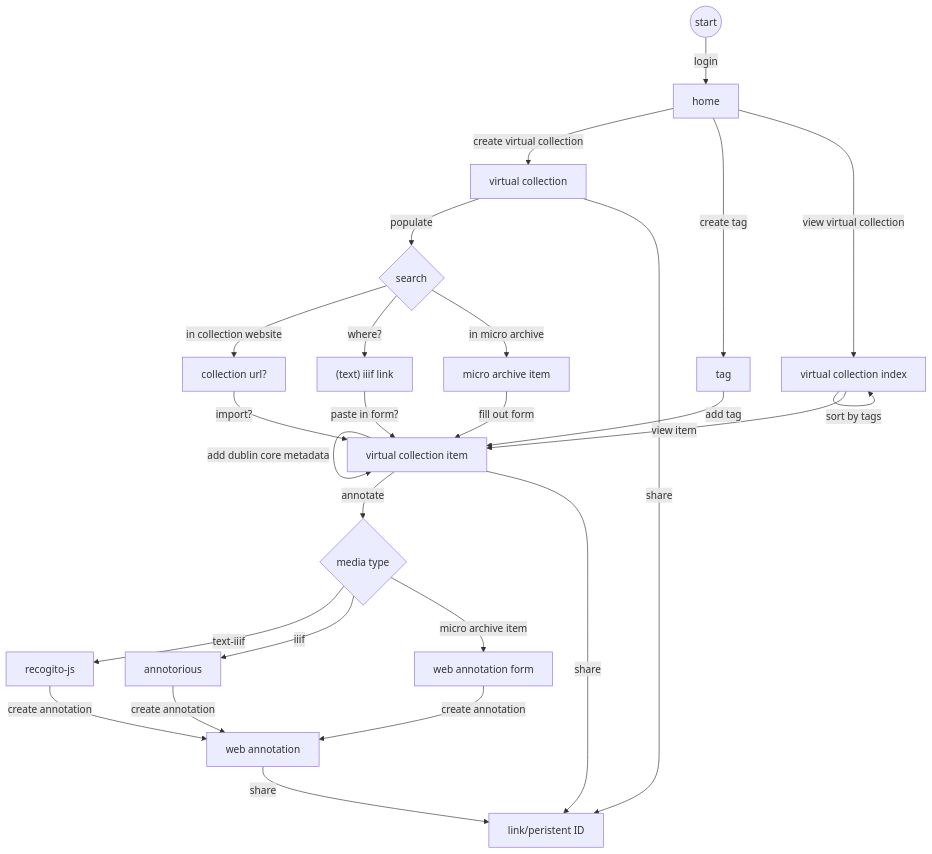
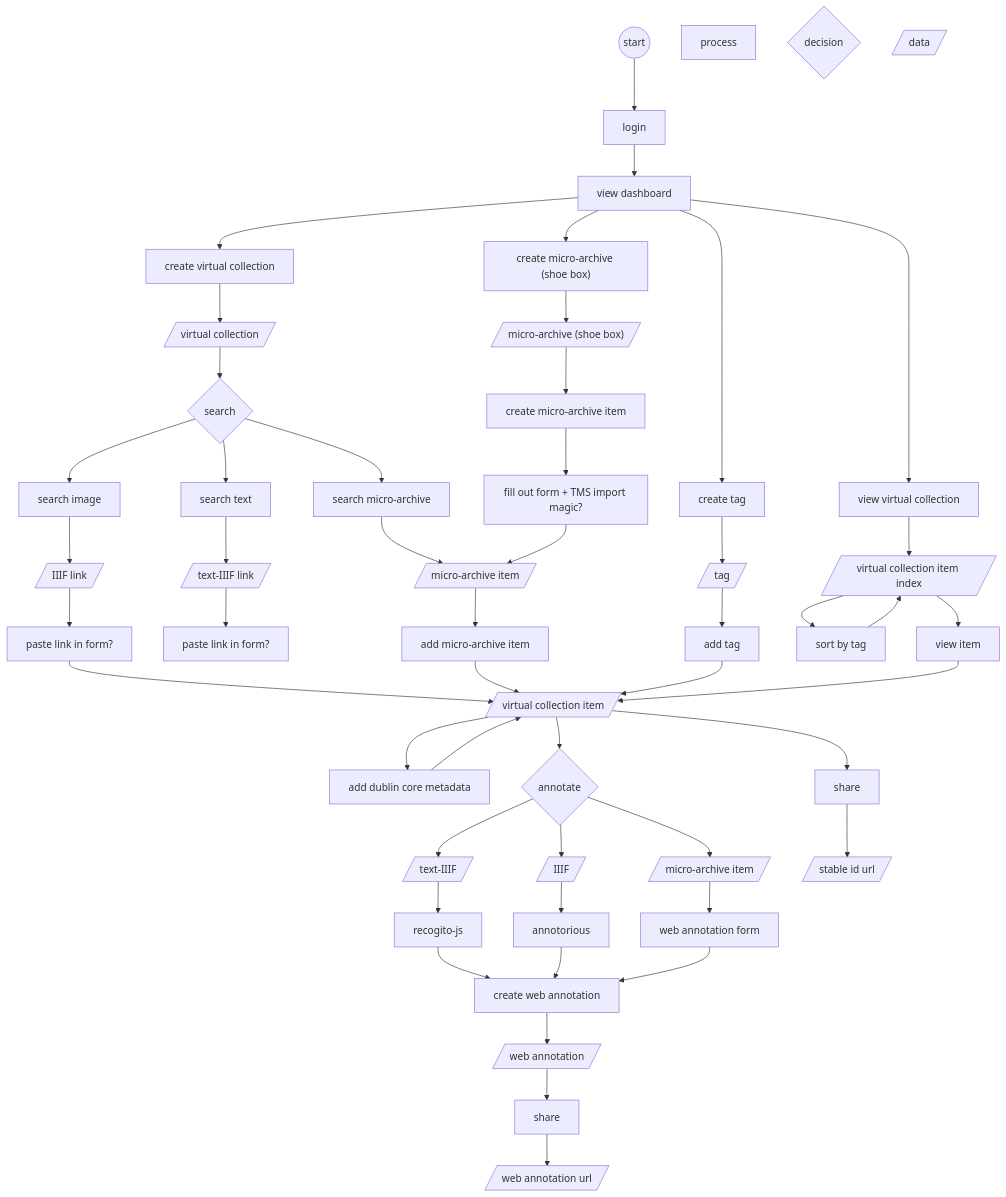
One commit to knaw-huc/Dexter changed the diagram in README.md. Above: the diagram before and after it, drawn with Mermaid.

Commit message:
Make workflow more process based

````diff
--- a/README.md
+++ b/README.md
@@ -41,42 +41,65 @@
 ```mermaid
 graph TD
     START((start))
 
-    START-->|login|HOME[home]
+    START-->LOGIN[login]-->HOME[view dashboard]
 
 %% virtual collection items:
-    HOME --> |create virtual collection|VC[virtual collection]
-    VC --> |populate|S{search}
-    S -->|in collection website| CW[collection url?]
-    S -->|where?| IIIF["(text) iiif link"]
-    S -->|in micro archive| MA[micro archive item]
-    CW-->|import?|VCI[virtual collection item]
-    IIIF-->|paste in form?|VCI
-    MA-->|fill out form|VCI
-    VCI-->|add dublin core metadata|VCI
+    HOME --> CVC[create virtual collection]
+    CVC --> VC[/virtual collection/]
+    VC --> S{search}
+    
+    S --> SI[search image]    
+    S --> ST[search text]
+    S --> SP[search micro-archive]    
+
+%% Search
+    SI-->SIL[/IIIF link/]
+    SIL-->IMIL[paste link in form?]
+    IMIL-->VCI[/virtual collection item/]
+    
+    ST-->STIL[/text-IIIF link/]
+    STIL-->IMTIL[paste link in form?]
+    MAI-->AMAI[add micro-archive item]-->VCI
+
+    SP-->MAI[/micro-archive item/]
+    
+    VCI-->ADBM[add dublin core metadata]-->VCI
 
 %% tag:
-    HOME --> |create tag|TAG[tag]
-    TAG-->|add tag|VCI
+    HOME --> CTAG[create tag]
+    CTAG-->TAG[/tag/]
+    TAG-->ATAG[add tag]
+    ATAG-->VCI
 
 %% index:
-    HOME --> |view virtual collection|VCIX[virtual collection index]
-    VCIX --> |sort by tags|VCIX
-    VCIX --> |view item|VCI
+    HOME --> VVC[view virtual collection]
+    VVC-->VCIX[/virtual collection item index/]
+    VCIX-->SBTAG[sort by tag]-->VCIX
+    
+    VCIX --> VI[view item]
+    VI-->VCI
 
 %% annotation:
-    ANN[web annotation]
-    VCI --> |annotate|MT{media type}
-    MT --> |text-iiif|RJS[recogito-js]
-    MT --> |iiif|ANT[annotorious]
-    MT --> |micro archive item|WAF[web annotation form]
-    RJS --> |create annotation|ANN
-    ANT --> |create annotation|ANN
-    WAF --> |create annotation|ANN
+    VCI --> ANN{annotate}
+    ANN --> TIIIF[/text-IIIF/]-->RJS[recogito-js] --> CWANN[create web annotation]
+    ANN --> IIIF[/IIIF/]-->ANT[annotorious]  --> CWANN
+    ANN --> MAI2[/micro-archive item/]-->WANNF[web annotation form] --> CWANN
+    CWANN --> WAN[/web annotation/]
 
 %% sharing:
-    VC-->|share|LN[link/peristent ID]
-    VCI-->|share|LN[link/peristent ID]
-    ANN-->|share|LN[link/peristent ID]
+    WAN-->SHAREWAN[share] --> WANL[/web annotation url/]
+    VCI-->SHAREVCI[share] --> VCIL[/stable id url/]
+    
+    process
+    decision{decision}
+    data[/data/]
+
+%% micro-archive
+    HOME-->CMA["create micro-archive (shoe box)"]
+    CMA-->MA[/"micro-archive (shoe box)"/]
+    MA-->CMAI[create micro-archive item]
+    CMAI-->IMMAI[fill out form + TMS import magic?]
+    IMMAI-->MAI[/micro-archive item/]
 
 ```
````
